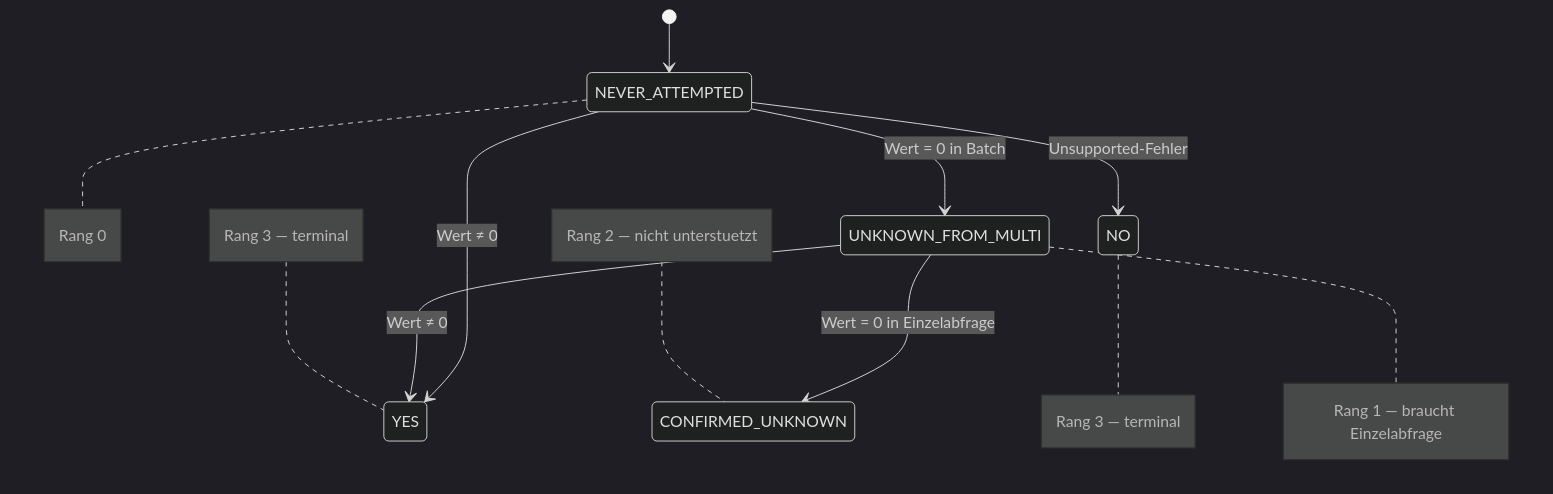
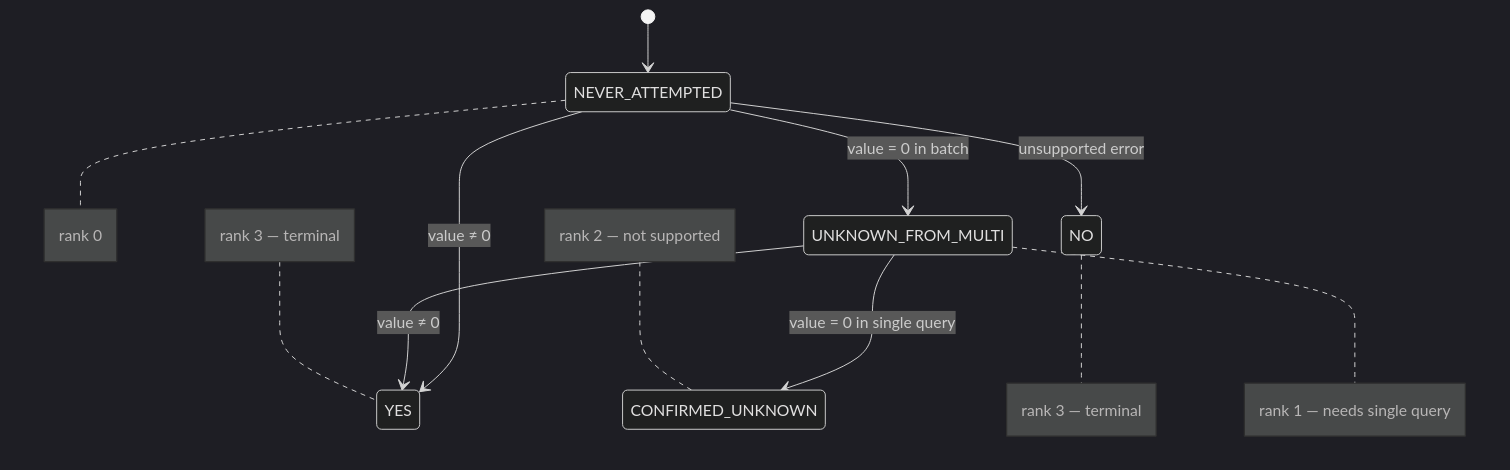
One commit to AlexanderLanin/sungrowlib changed the ninth of 12 diagrams in ARCHITECTURE.md. Above: the diagram before and after it, drawn with Mermaid (dark theme). The commit also changed other lines of this file, not shown here.

Commit message:
docs: translate ARCHITECTURE.md from German to English

````diff
--- a/ARCHITECTURE.md
+++ b/ARCHITECTURE.md
@@ -432,17 +432,17 @@
 ```mermaid
 stateDiagram-v2
     [*] --> NEVER_ATTEMPTED
 
-    NEVER_ATTEMPTED --> YES : Wert ≠ 0
-    NEVER_ATTEMPTED --> NO : Unsupported-Fehler
-    NEVER_ATTEMPTED --> UNKNOWN_FROM_MULTI : Wert = 0 in Batch
+    NEVER_ATTEMPTED --> YES : value ≠ 0
+    NEVER_ATTEMPTED --> NO : unsupported error
+    NEVER_ATTEMPTED --> UNKNOWN_FROM_MULTI : value = 0 in batch
 
-    UNKNOWN_FROM_MULTI --> YES : Wert ≠ 0
-    UNKNOWN_FROM_MULTI --> CONFIRMED_UNKNOWN : Wert = 0 in Einzelabfrage
+    UNKNOWN_FROM_MULTI --> YES : value ≠ 0
+    UNKNOWN_FROM_MULTI --> CONFIRMED_UNKNOWN : value = 0 in single query
 
-    note right of NEVER_ATTEMPTED : Rang 0
-    note right of UNKNOWN_FROM_MULTI : Rang 1 — braucht Einzelabfrage
-    note left of CONFIRMED_UNKNOWN : Rang 2 — nicht unterstuetzt
-    note left of YES : Rang 3 — terminal
-    note right of NO : Rang 3 — terminal
+    note right of NEVER_ATTEMPTED : rank 0
+    note right of UNKNOWN_FROM_MULTI : rank 1 — needs single query
+    note left of CONFIRMED_UNKNOWN : rank 2 — not supported
+    note left of YES : rank 3 — terminal
+    note right of NO : rank 3 — terminal
 ```
````
